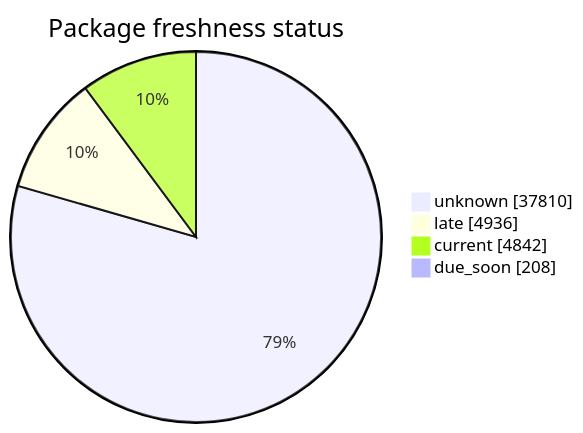
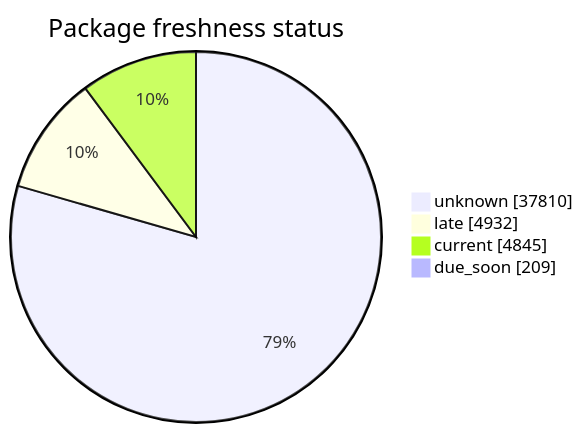
Before and after one commit to open-data/analytics-corporate-reporting: the second of 5 diagrams in FreshCheck/README.md, drawn with Mermaid. The commit also changed other lines of this file and 3 other files, not shown here.

````diff
--- a/FreshCheck/README.md
+++ b/FreshCheck/README.md
@@ -68,7 +68,7 @@
 ```mermaid
 pie showData title Package freshness status
     "unknown": 37810
-    "late": 4936
-    "current": 4842
-    "due_soon": 208
+    "late": 4932
+    "current": 4845
+    "due_soon": 209
 ```
````
